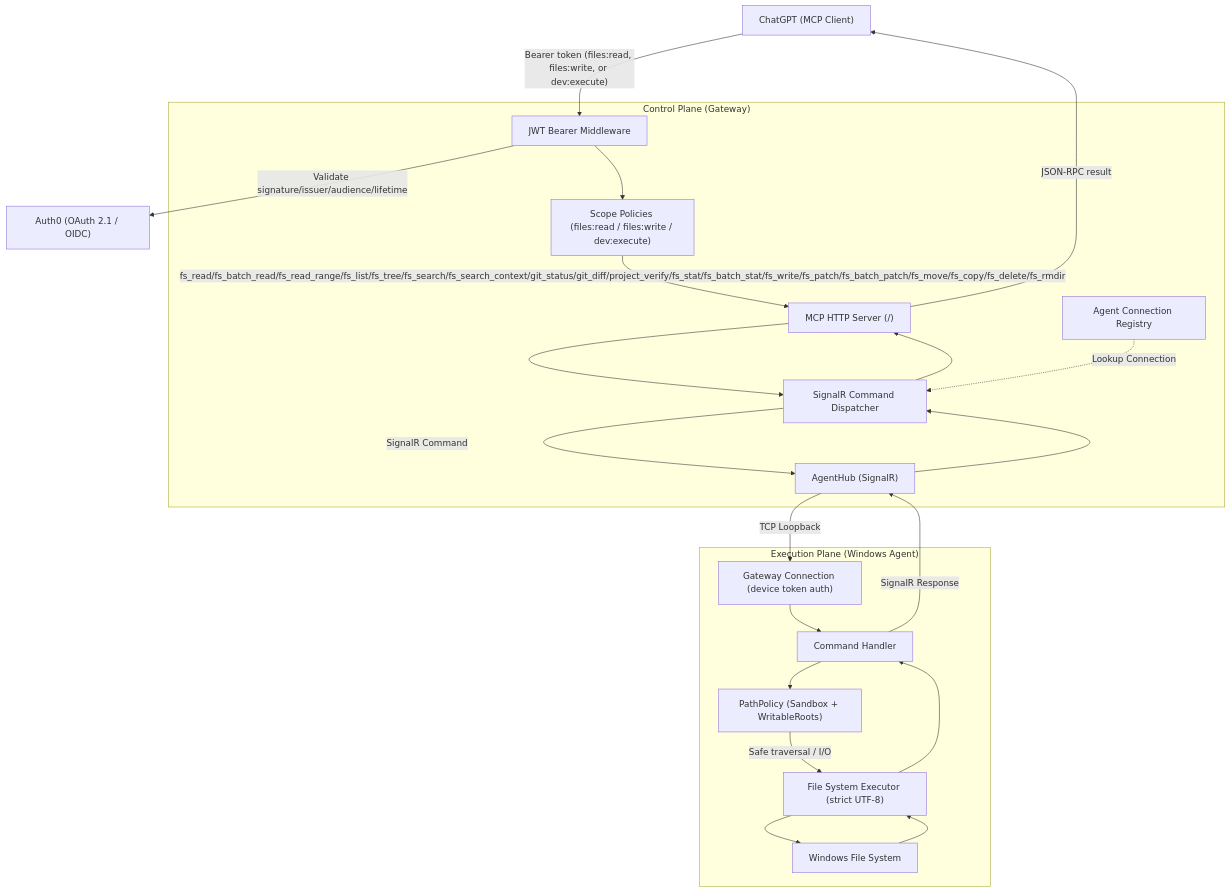
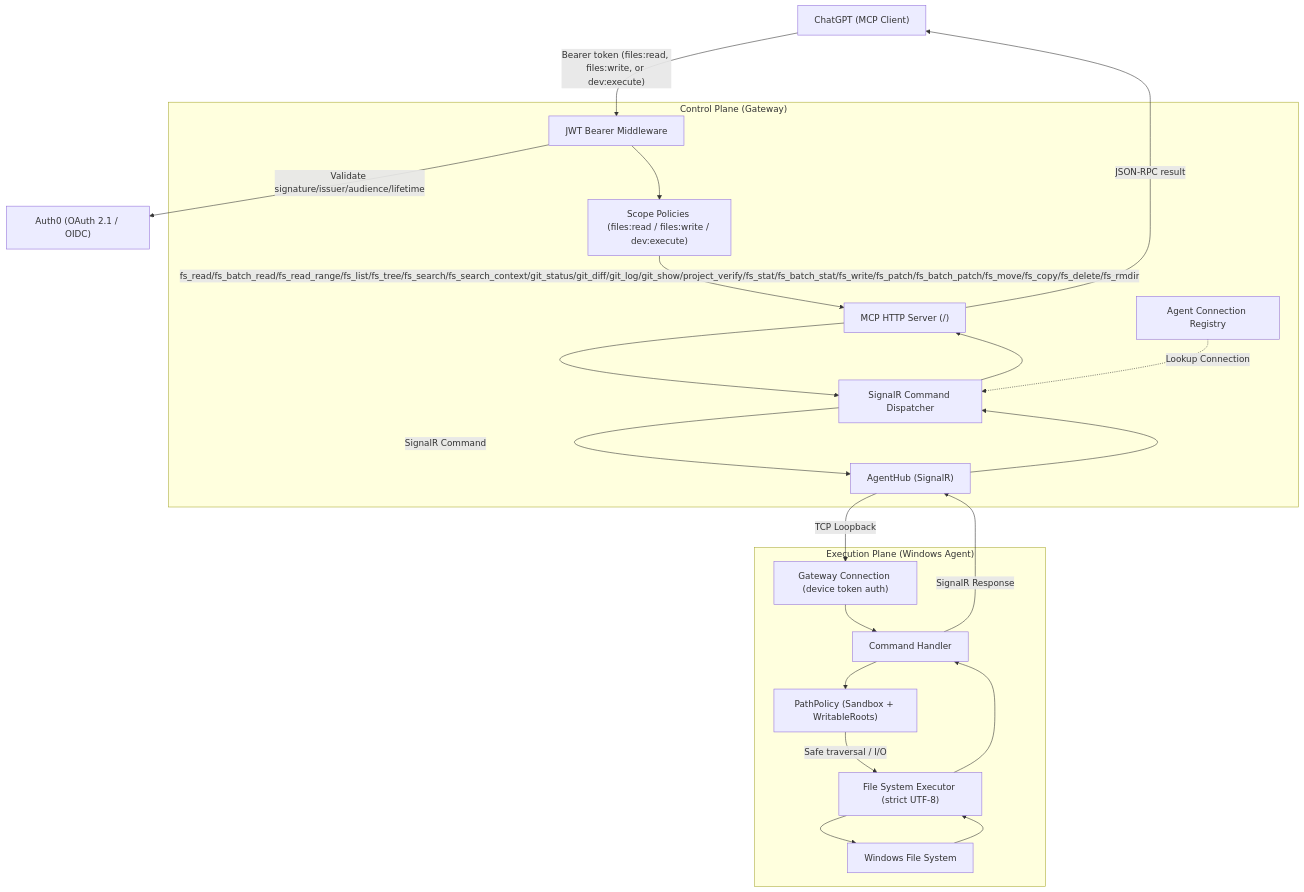
Before and after one commit to thanhdiner/Agent-Bridge: the diagram in README.md, drawn with Mermaid. The commit also changed other lines of this file and 14 other files, not shown here.

Commit message:
feat(git): add git log and show tools

````diff
--- a/README.md
+++ b/README.md
@@ -9,41 +9,41 @@
 ```mermaid
 graph TD
     Client["ChatGPT (MCP Client)"]
     Auth0["Auth0 (OAuth 2.1 / OIDC)"]
 
     subgraph ControlPlane["Control Plane (Gateway)"]
         McpServer["MCP HTTP Server (/)"]
         Registry["Agent Connection Registry"]
         Dispatcher["SignalR Command Dispatcher"]
         Hub["AgentHub (SignalR)"]
         JwtMiddleware["JWT Bearer Middleware"]
         ScopePolicies["Scope Policies (files:read / files:write / dev:execute)"]
     end
 
     subgraph ExecutionPlane["Execution Plane (Windows Agent)"]
         Conn["Gateway Connection (device token auth)"]
         Handler["Command Handler"]
         Sandbox["PathPolicy (Sandbox + WritableRoots)"]
         Executor["File System Executor (strict UTF-8)"]
         Disk["Windows File System"]
     end
 
     Client -->|"Bearer token (files:read, files:write, or dev:execute)"| JwtMiddleware
     JwtMiddleware -->|Validate signature/issuer/audience/lifetime| Auth0
     JwtMiddleware --> ScopePolicies
-    ScopePolicies -->|fs_read/fs_batch_read/fs_read_range/fs_list/fs_tree/fs_search/fs_search_context/git_status/git_diff/project_verify/fs_stat/fs_batch_stat/fs_write/fs_patch/fs_batch_patch/fs_move/fs_copy/fs_delete/fs_rmdir| McpServer
+    ScopePolicies -->|fs_read/fs_batch_read/fs_read_range/fs_list/fs_tree/fs_search/fs_search_context/git_status/git_diff/git_log/git_show/project_verify/fs_stat/fs_batch_stat/fs_write/fs_patch/fs_batch_patch/fs_move/fs_copy/fs_delete/fs_rmdir| McpServer
     McpServer --> Dispatcher
     Registry -.->|Lookup Connection| Dispatcher
     Dispatcher -->|SignalR Command| Hub
     Hub -->|TCP Loopback| Conn
     Conn --> Handler
     Handler --> Sandbox
     Sandbox -->|Safe traversal / I/O| Executor
     Executor --> Disk
     Disk --> Executor
     Executor --> Handler
     Handler -->|SignalR Response| Hub
     Hub --> Dispatcher
     Dispatcher --> McpServer
     McpServer -->|JSON-RPC result| Client
 ```
````
